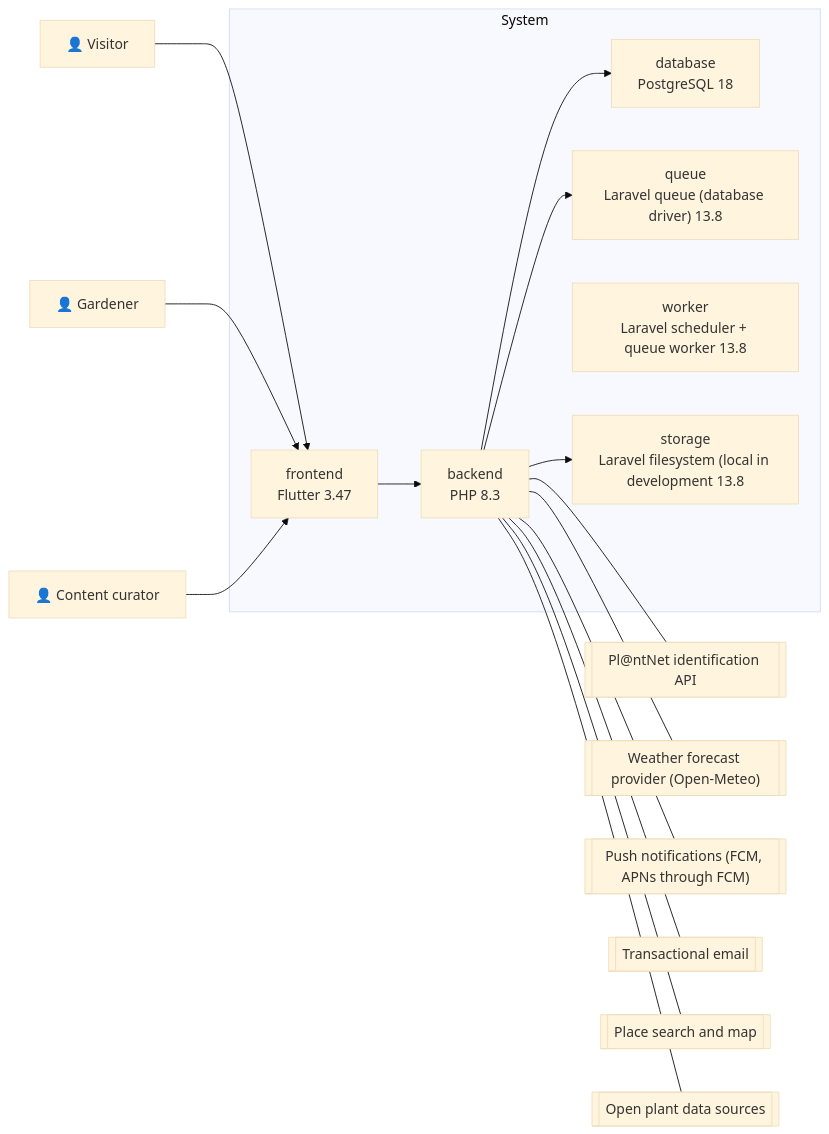
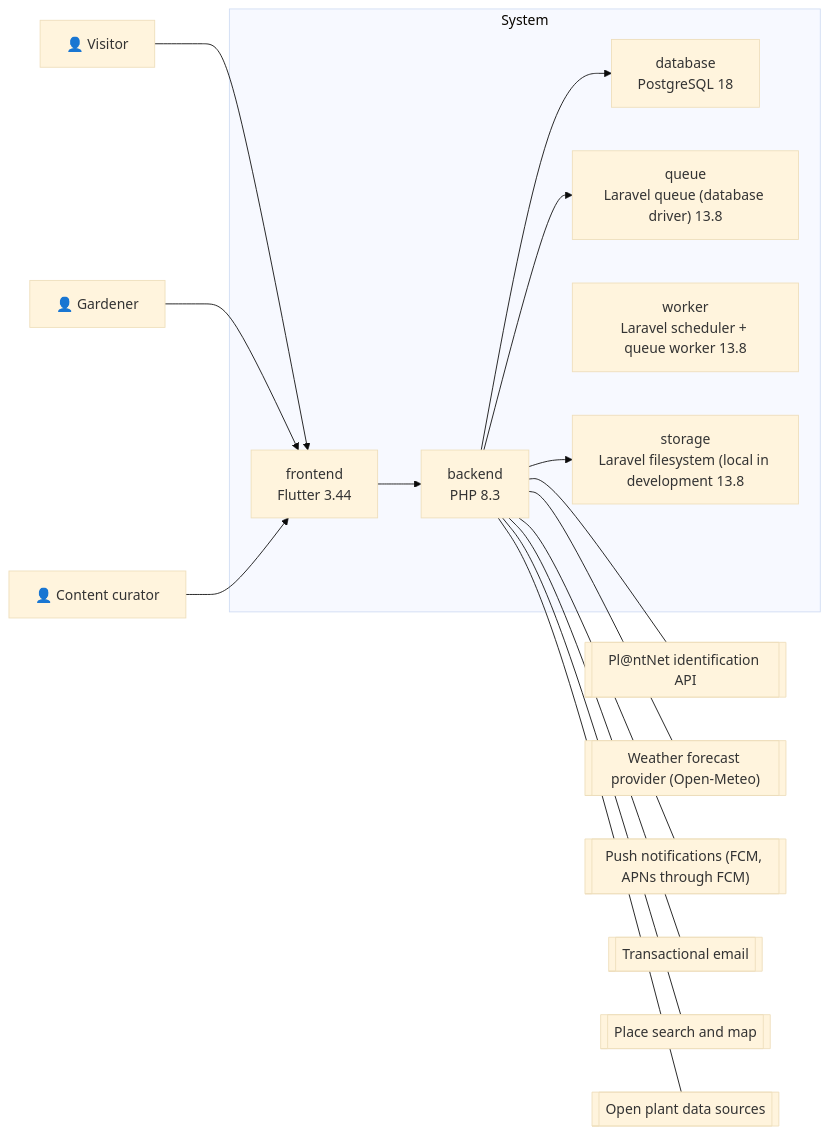
Before and after one commit to giorgosroussos/agrocult: the first of 2 diagrams in build/docs/architecture.md, drawn with Mermaid (base theme). The commit also changed other lines of this file and 24 other files, not shown here.

````diff
--- a/build/docs/architecture.md
+++ b/build/docs/architecture.md
@@ -11,35 +11,35 @@
 ```mermaid
 flowchart LR
   ACT_Visitor["👤 Visitor"]
   ACT_Gardener["👤 Gardener"]
   ACT_Curator["👤 Content curator"]
   subgraph SYS["System"]
     backend["backend<br/>Laravel 13.8"]
     backend["backend<br/>PHP 8.3"]
     database["database<br/>PostgreSQL 18"]
     queue["queue<br/>Laravel queue (database driver) 13.8"]
     worker["worker<br/>Laravel scheduler + queue worker 13.8"]
     frontend["frontend<br/>Riverpod 3.0"]
-    frontend["frontend<br/>Flutter 3.47"]
+    frontend["frontend<br/>Flutter 3.44"]
     storage["storage<br/>Laravel filesystem (local in development 13.8"]
   end
   ACT_Visitor --> frontend
   ACT_Gardener --> frontend
   ACT_Curator --> frontend
   frontend --> backend
   backend --> database
   backend --> storage
   backend --> queue
   EXT_001[["Pl@ntNet identification API"]]
   backend --- EXT_001
   EXT_002[["Weather forecast provider (Open-Meteo)"]]
   backend --- EXT_002
   EXT_003[["Push notifications (FCM, APNs through FCM)"]]
   backend --- EXT_003
   EXT_004[["Transactional email"]]
   backend --- EXT_004
   EXT_005[["Place search and map"]]
   backend --- EXT_005
   EXT_006[["Open plant data sources"]]
   backend --- EXT_006
 ```
````
